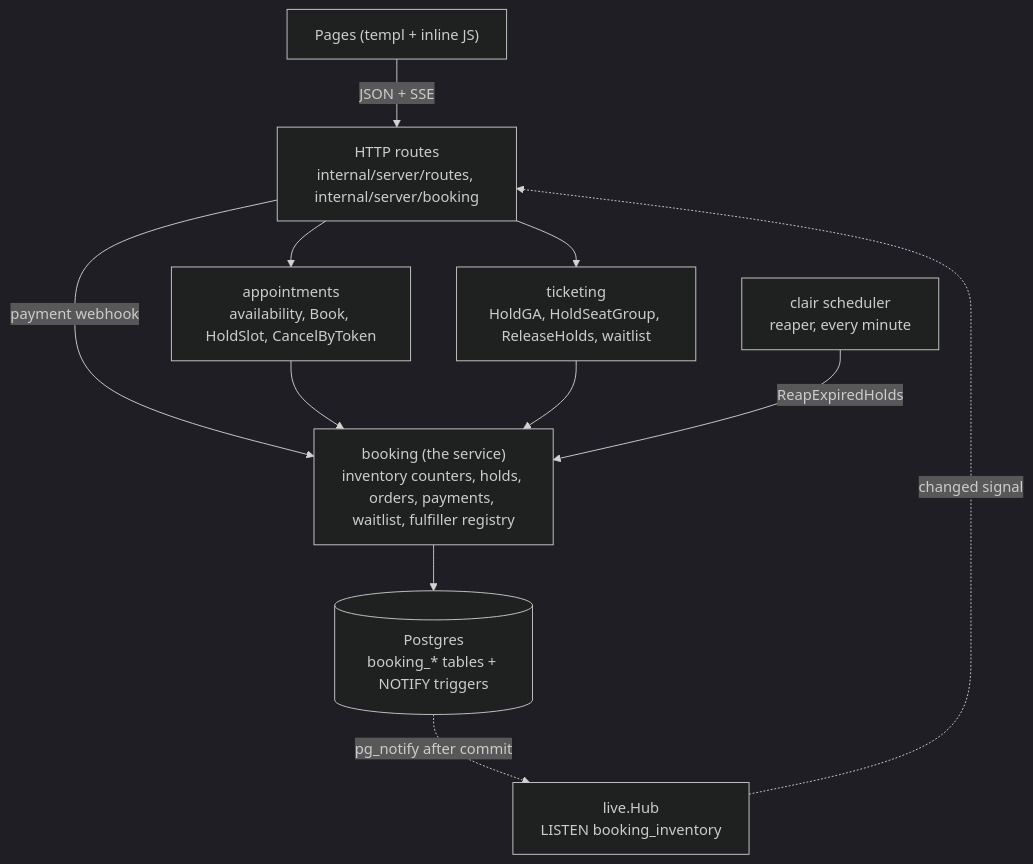
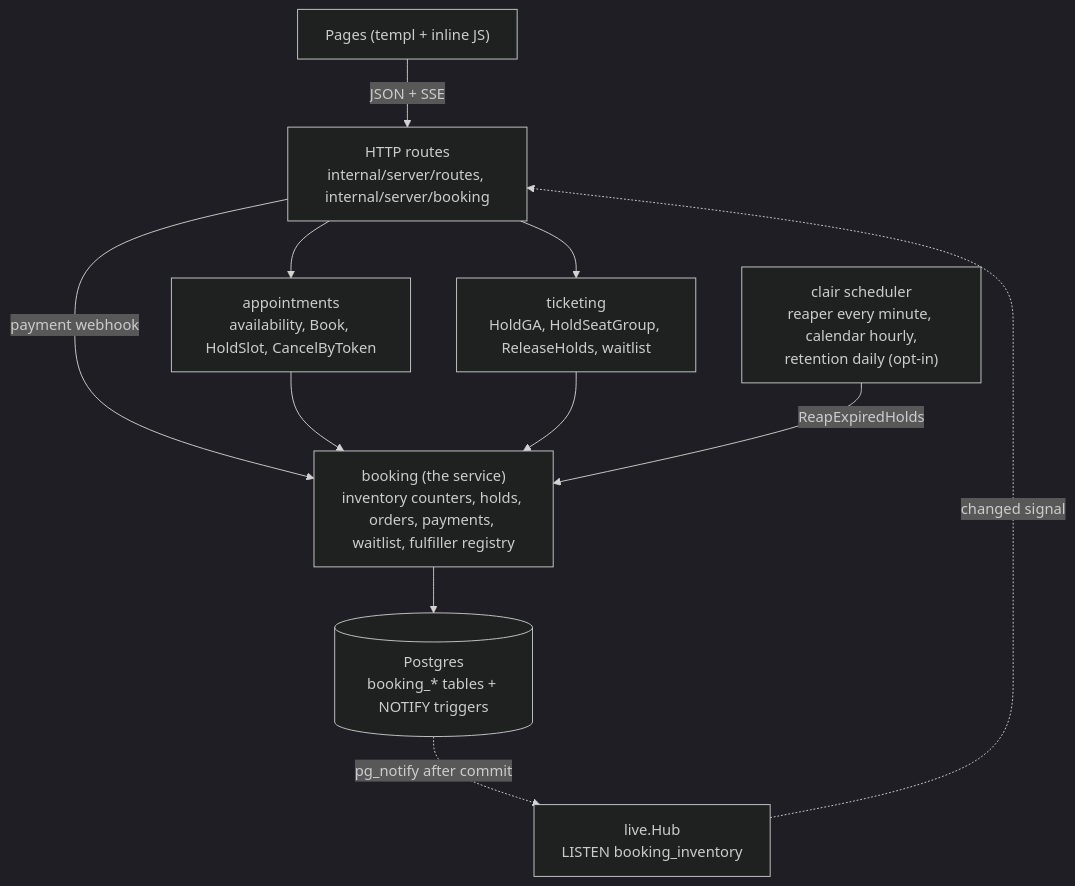
One commit to erancihan/clair changed the first of 6 diagrams in docs/wiki/booking-service.md. Above: the diagram before and after it, drawn with Mermaid (dark theme). The commit also changed other lines of this file and 7 other files, not shown here.

First line of the commit message:
feat(b3): retention purge by business time, opt-in daily job

````diff
--- a/docs/wiki/booking-service.md
+++ b/docs/wiki/booking-service.md
@@ -9,22 +9,22 @@
 ```mermaid
 flowchart TB
     Pages["Pages (templ + inline JS)"]
     Routes["HTTP routes<br/>internal/server/routes, internal/server/booking"]
     Appt["appointments<br/>availability, Book, HoldSlot, CancelByToken"]
     Tix["ticketing<br/>HoldGA, HoldSeatGroup, ReleaseHolds, waitlist"]
     Svc["booking (the service)<br/>inventory counters, holds, orders, payments, waitlist, fulfiller registry"]
     PG[("Postgres<br/>booking_* tables + NOTIFY triggers")]
     Hub["live.Hub<br/>LISTEN booking_inventory"]
-    Sched["clair scheduler<br/>reaper, every minute"]
+    Sched["clair scheduler<br/>reaper every minute, calendar hourly,<br/>retention daily (opt-in)"]
 
     Pages -->|JSON + SSE| Routes
     Routes --> Appt
     Routes --> Tix
     Routes -->|payment webhook| Svc
     Appt --> Svc
     Tix --> Svc
     Svc --> PG
     Sched -->|ReapExpiredHolds| Svc
     PG -.->|pg_notify after commit| Hub
     Hub -.->|"changed" signal| Routes
 ```
````
